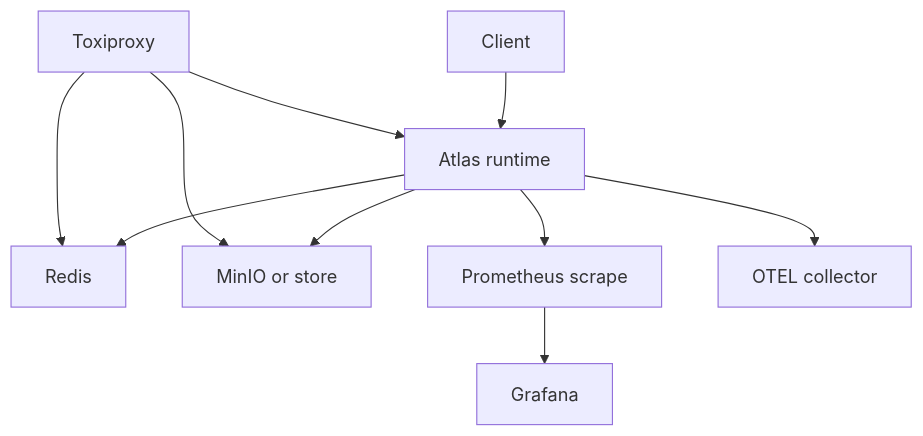
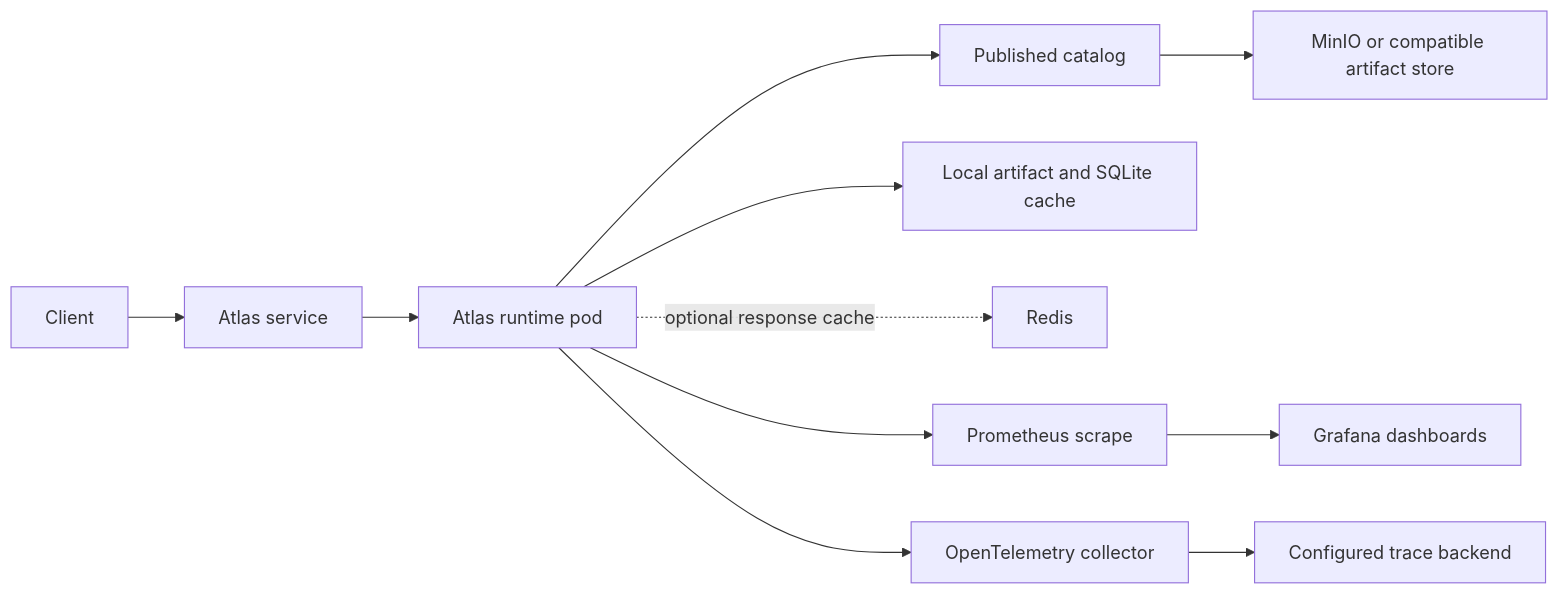
One commit to bijux/bijux-atlas changed the first of 2 diagrams in docs/bijux-atlas-ops/stack/service-topology.md. Above: the diagram before and after it, drawn with Mermaid. The commit also changed other lines of this file and 2 other files, not shown here.

````diff
--- a/docs/bijux-atlas-ops/stack/service-topology.md
+++ b/docs/bijux-atlas-ops/stack/service-topology.md
@@ -15,12 +20,13 @@
 ```mermaid
-flowchart TD
-    Client[Client] --> Runtime[Atlas runtime]
-    Runtime --> Redis[Redis]
-    Runtime --> Store[MinIO or store]
-    Runtime --> Prom[Prometheus scrape]
-    Runtime --> OTel[OTEL collector]
-    Prom --> Grafana[Grafana]
-    Faults[Toxiproxy] --> Runtime
-    Faults --> Redis
-    Faults --> Store
+flowchart LR
+    Client[Client] --> Service[Atlas service]
+    Service --> Pod[Atlas runtime pod]
+    Pod --> Catalog[Published catalog]
+    Catalog --> Objects[MinIO or compatible artifact store]
+    Pod --> Disk[Local artifact and SQLite cache]
+    Pod -. optional response cache .-> Redis[Redis]
+    Pod --> Metrics[Prometheus scrape]
+    Pod --> Traces[OpenTelemetry collector]
+    Metrics --> Grafana[Grafana dashboards]
+    Traces --> TraceBackend[Configured trace backend]
 ```
````
